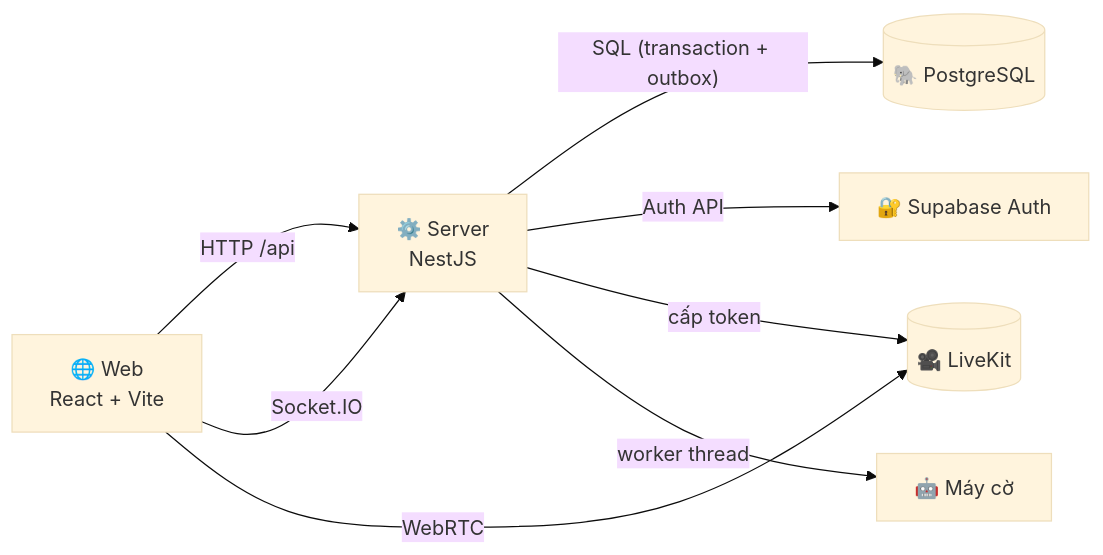
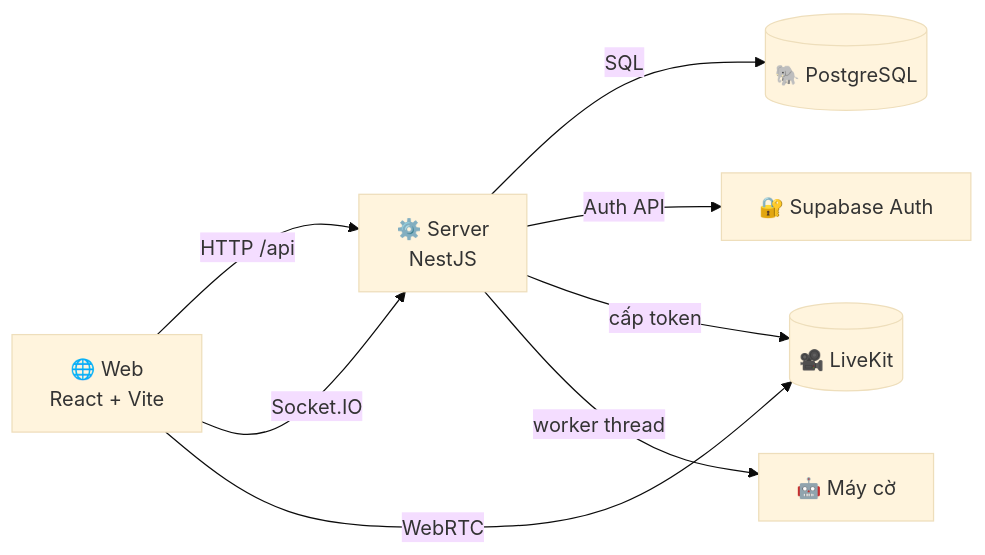
Before and after one commit to twotnguyen/XIANGQI: the second of 2 diagrams in README.md, drawn with Mermaid (base theme). The commit also changed other lines of this file, not shown here.

````diff
--- a/README.md
+++ b/README.md
@@ -109,10 +162,10 @@
 ```mermaid
 flowchart LR
   Web["🌐 Web<br/>React + Vite"] -- "HTTP /api" --> Server["⚙️ Server<br/>NestJS"]
   Web -- "Socket.IO" --> Server
   Web -- "WebRTC" --> LiveKit[("🎥 LiveKit")]
-  Server -- "SQL (transaction + outbox)" --> DB[("🐘 PostgreSQL")]
+  Server -- "SQL" --> DB[("🐘 PostgreSQL")]
   Server -- "Auth API" --> Auth["🔐 Supabase Auth"]
   Server -- "cấp token" --> LiveKit
   Server -- "worker thread" --> Engine["🤖 Máy cờ"]
 ```
````
